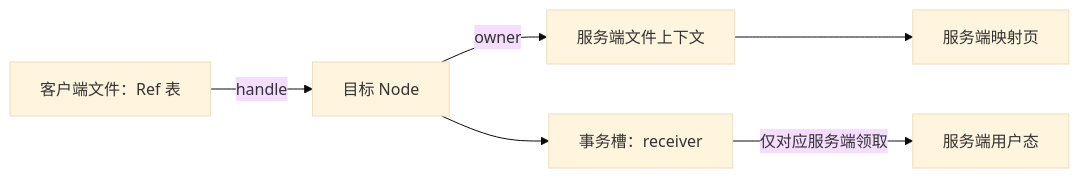
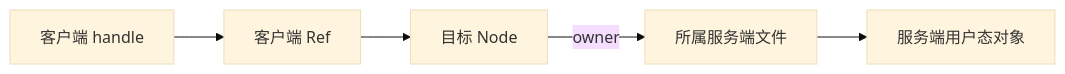
The diagram in docs/03-objects/3.5-multiple-servers.md (kobewang126/BinderABC-V3), drawn with Mermaid (base theme) before and after one commit. The commit also changed other lines of this file and 7 other files, not shown here.

````diff
--- a/docs/03-objects/3.5-multiple-servers.md
+++ b/docs/03-objects/3.5-multiple-servers.md
@@ -11,8 +11,7 @@
 ```mermaid
 flowchart LR
-    C[客户端文件：Ref 表] -->|handle| N[目标 Node]
-    N -->|owner| F[服务端文件上下文]
-    F --> M[服务端映射页]
-    N --> T[事务槽：receiver]
-    T -->|仅对应服务端领取| S[服务端用户态]
+    C[客户端 handle] --> R[客户端 Ref]
+    R --> N[目标 Node]
+    N -->|owner| F[所属服务端文件]
+    F --> S[服务端用户态对象]
 ```
````
